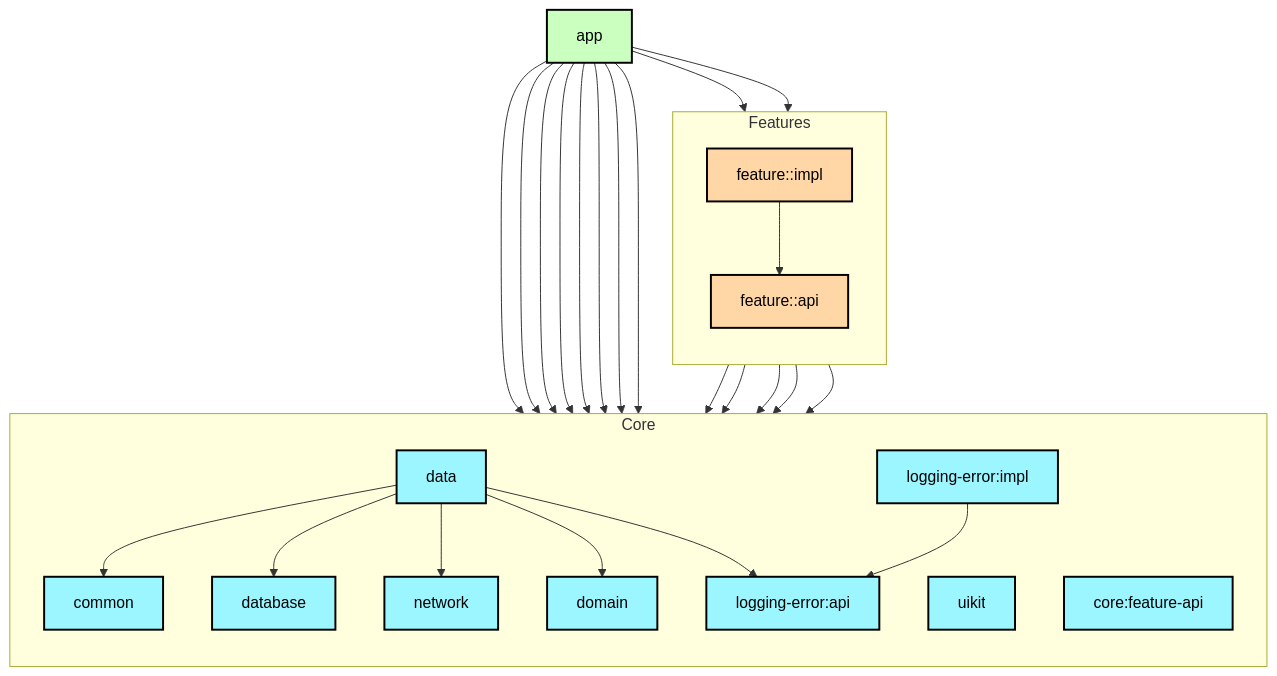
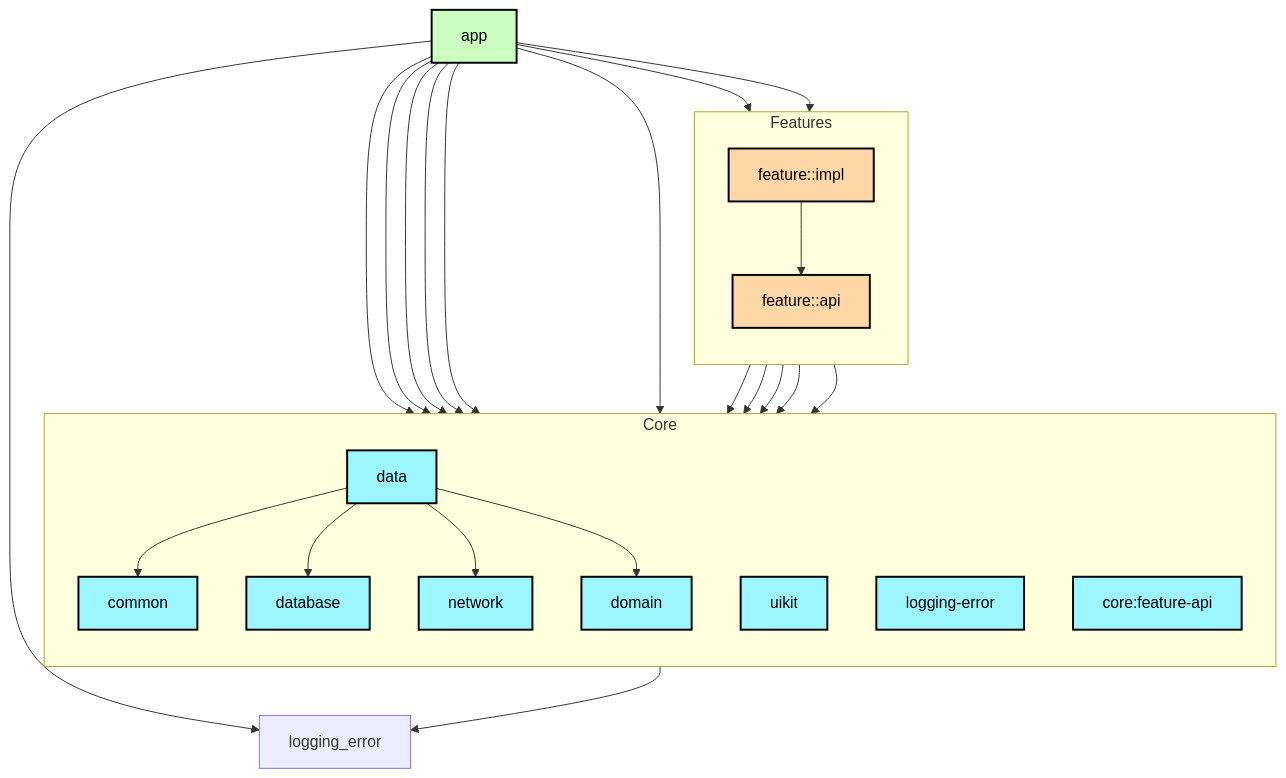
Before and after one commit to IliaVoskoboinikov/Finance-Manager: the diagram in app/README.MD, drawn with Mermaid. The commit also changed 26 other files, not shown here.

Commit message:
CheckConventionsPlugin init and fix logging error

````diff
--- a/app/README.MD
+++ b/app/README.MD
@@ -7,61 +7,58 @@
 ```mermaid
 
 graph TB
     subgraph Core
         direction TB
         common[common]:::library
         database[database]:::library
         data[data]:::library
         domain[domain]:::library
         network[network]:::library
         uikit[uikit]:::library
-        logging_api[logging-error:api]:::library
-        logging_impl[logging-error:impl]:::library
+        logging_api[logging-error]:::library
         core_feature_api[core:feature-api]:::library
     end
 
     subgraph Features
         direction TB
         feature_api[feature:<name>:api]:::feature
         feature_impl[feature:<name>:impl]:::feature
     end
 
     app[app]:::app
 
 %% App зависит на Core
     app --> common
     app --> database
     app --> data
     app --> domain
     app --> network
     app --> uikit
-    app --> logging_api
-    app --> logging_impl
+    app --> logging_error
 
 %% App зависит на Features
     app --> feature_api
     app --> feature_impl
 
 %% Feature паттерн
     feature_api --> core_feature_api
     feature_impl --> feature_api
     feature_impl --> data
     feature_impl --> domain
     feature_impl --> network
     feature_impl --> uikit
 
 %% Core взаимозависимости
     data --> common
     data --> database
     data --> network
     data --> domain
-    data --> logging_api
+    data --> logging_error
 
-    logging_impl --> logging_api
 
     classDef app fill:#CAFFBF,stroke:#000,stroke-width:2px,color:#000;
     classDef feature fill:#FFD6A5,stroke:#000,stroke-width:2px,color:#000;
     classDef library fill:#9BF6FF,stroke:#000,stroke-width:2px,color:#000;
 
 
 ```
````
